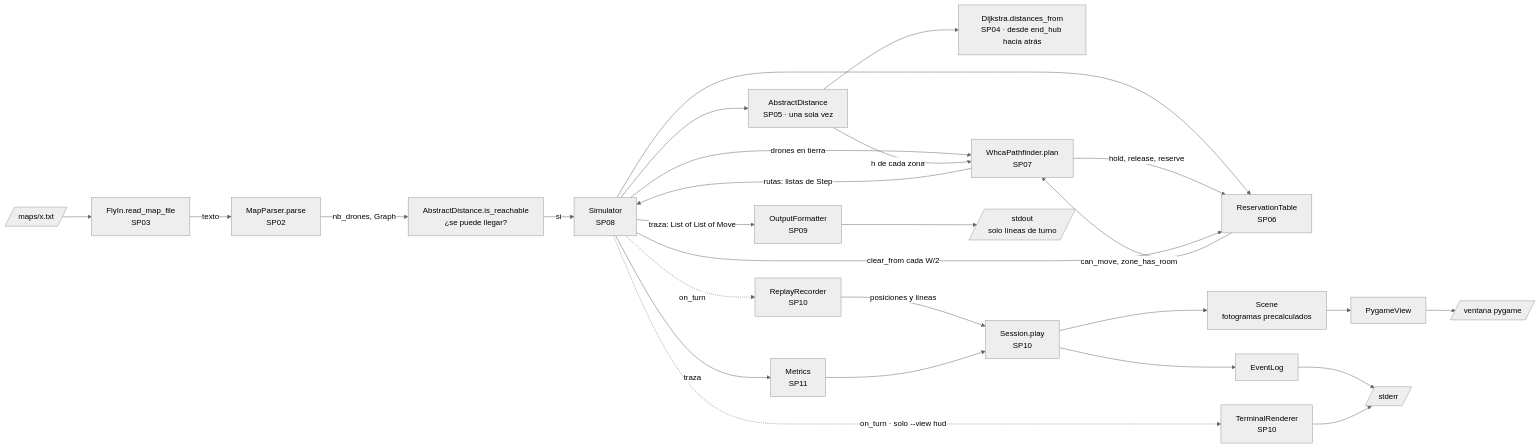
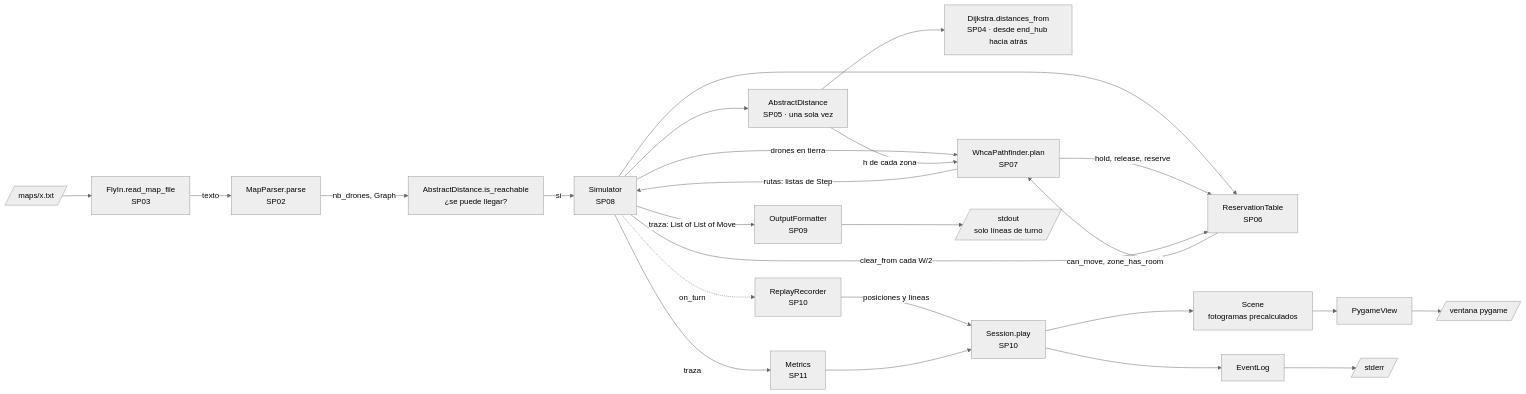
One commit to 0xARCOS/Fly-In changed the second of 52 diagrams in docs/07-diagramas.md. Above: the diagram before and after it, drawn with Mermaid (neutral theme). The commit also changed other lines of this file and 33 other files, not shown here.

````diff
--- a/docs/07-diagramas.md
+++ b/docs/07-diagramas.md
@@ -108,29 +108,27 @@
 ```mermaid
 flowchart LR
     F[/"maps/x.txt"/] --> R["FlyIn.read_map_file<br/>SP03"]
     R -->|"texto"| P["MapParser.parse<br/>SP02"]
     P -->|"nb_drones, Graph"| RCH["AbstractDistance.is_reachable<br/>¿se puede llegar?"]
     RCH -->|"sí"| SIM["Simulator<br/>SP08"]
     SIM --> AD["AbstractDistance<br/>SP05 · una sola vez"]
     AD --> DJ["Dijkstra.distances_from<br/>SP04 · desde end_hub hacia atrás"]
     SIM --> RT["ReservationTable<br/>SP06"]
     SIM -->|"drones en tierra"| W["WhcaPathfinder.plan<br/>SP07"]
     AD -->|"h de cada zona"| W
     RT -->|"can_move, zone_has_room"| W
     W -->|"hold, release, reserve"| RT
     W -->|"rutas: listas de Step"| SIM
     SIM -->|"clear_from cada W/2"| RT
     SIM -->|"traza: List of List of Move"| O["OutputFormatter<br/>SP09"]
     SIM -->|"traza"| MT["Metrics<br/>SP11"]
     SIM -.->|"on_turn"| REC["ReplayRecorder<br/>SP10"]
-    SIM -.->|"on_turn · solo --view hud"| HUD["TerminalRenderer<br/>SP10"]
     REC -->|"posiciones y líneas"| SES["Session.play<br/>SP10"]
     MT --> SES
     SES --> LOG["EventLog"]
     SES --> SC["Scene<br/>fotogramas precalculados"]
     SC --> PV["PygameView"]
     PV --> WIN[/"ventana pygame"/]
     LOG --> ERR[/"stderr"/]
-    HUD --> ERR
     O --> OUT[/"stdout<br/>solo líneas de turno"/]
 ```
````
